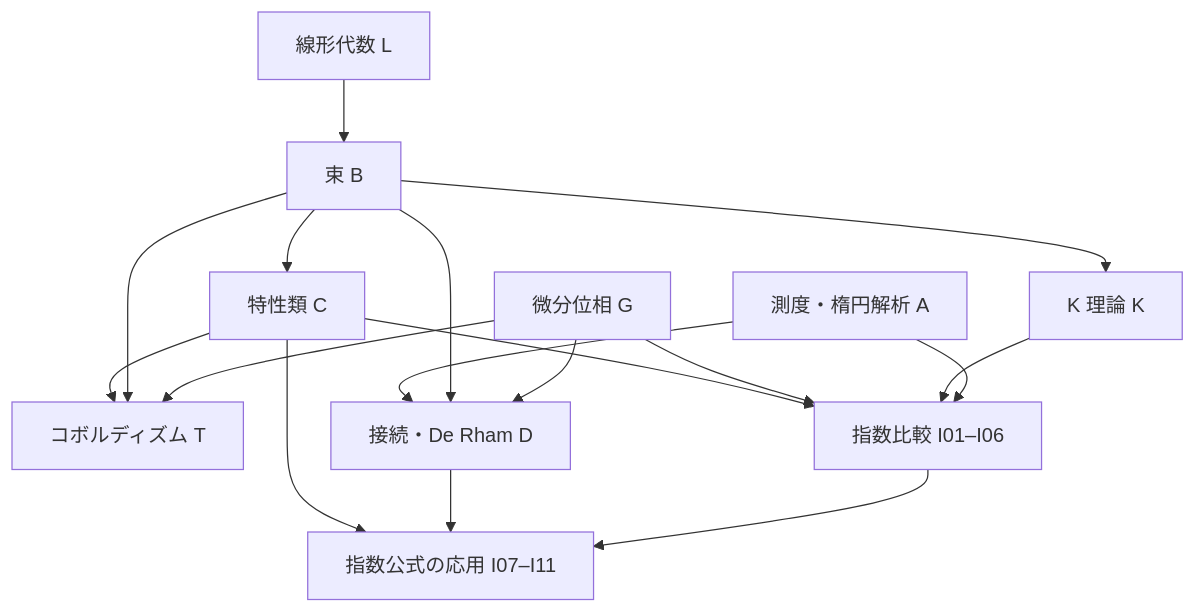
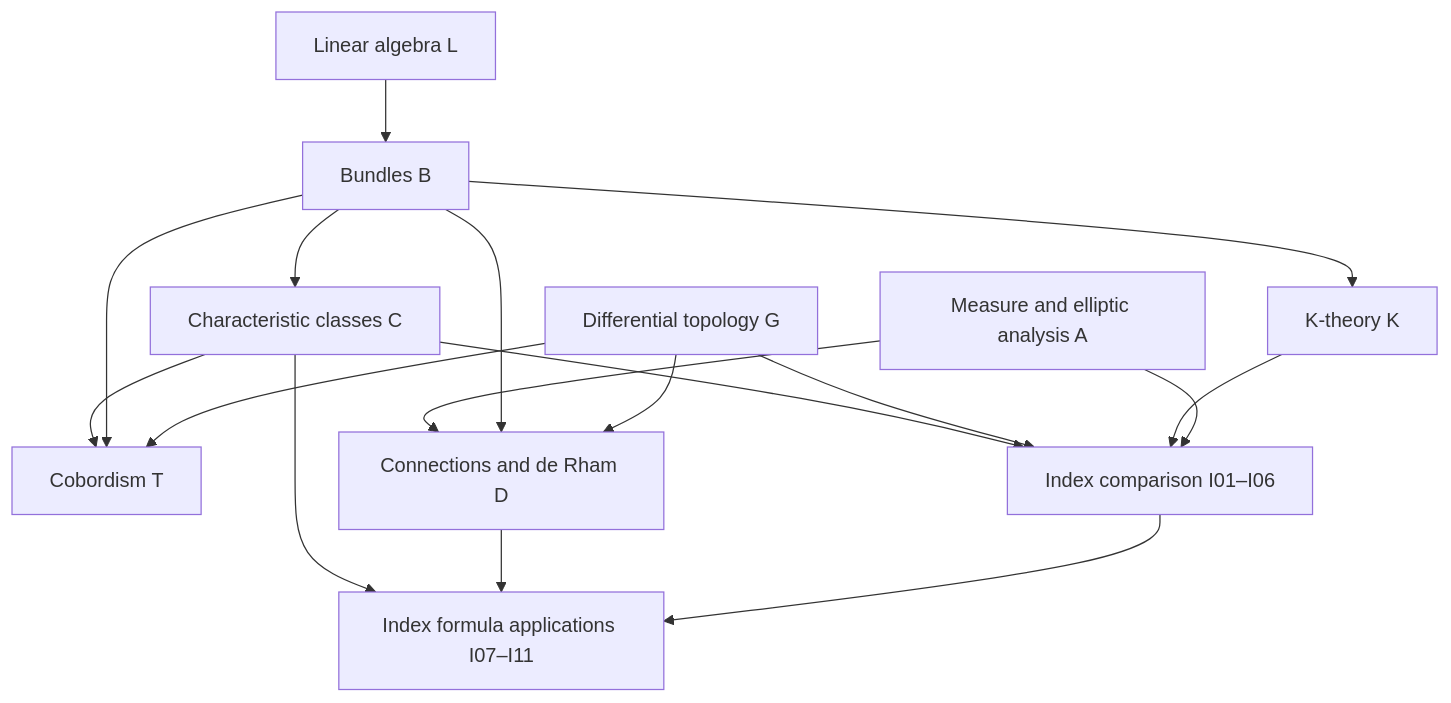
One commit to pdf-jube-joba/ref-type-libs changed the diagram in math/_roadmap.md. Above: the diagram before and after it, drawn with Mermaid. The commit also changed other lines of this file and 191 other files, not shown here.

````diff
--- a/math/_roadmap.md
+++ b/math/_roadmap.md
@@ -36,19 +36,19 @@
 ```mermaid
 flowchart TD
-  L[線形代数 L] --> B[束 B]
-  B --> C[特性類 C]
-  B --> K[K 理論 K]
-  G[微分位相 G] --> T[コボルディズム T]
+  L[Linear algebra L] --> B[Bundles B]
+  B --> C[Characteristic classes C]
+  B --> K[K-theory K]
+  G[Differential topology G] --> T[Cobordism T]
   B --> T
   C --> T
-  G --> D[接続・De Rham D]
+  G --> D[Connections and de Rham D]
   B --> D
-  A[測度・楕円解析 A] --> D
-  A --> I[指数比較 I01–I06]
+  A[Measure and elliptic analysis A] --> D
+  A --> I[Index comparison I01–I06]
   K --> I
   G --> I
   C --> I
-  I --> E[指数公式の応用 I07–I11]
+  I --> E[Index formula applications I07–I11]
   D --> E
   C --> E
 ```
````
